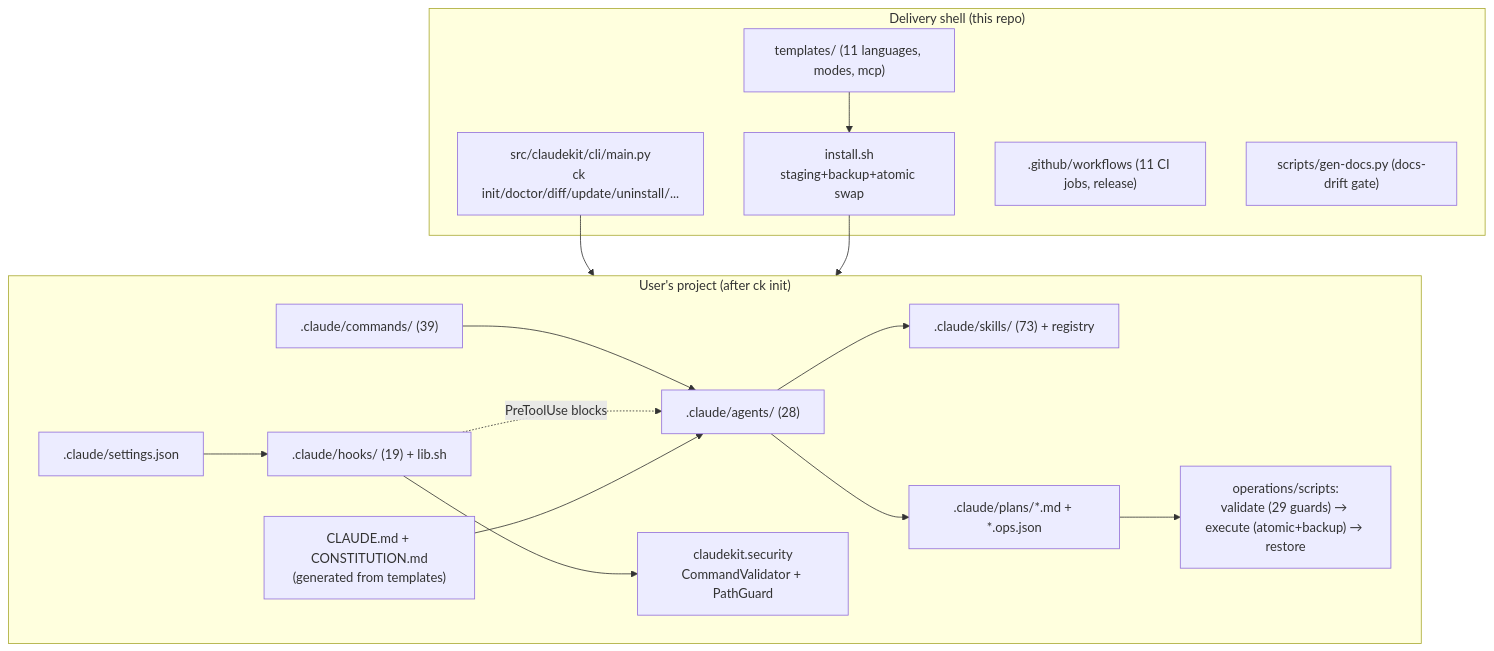
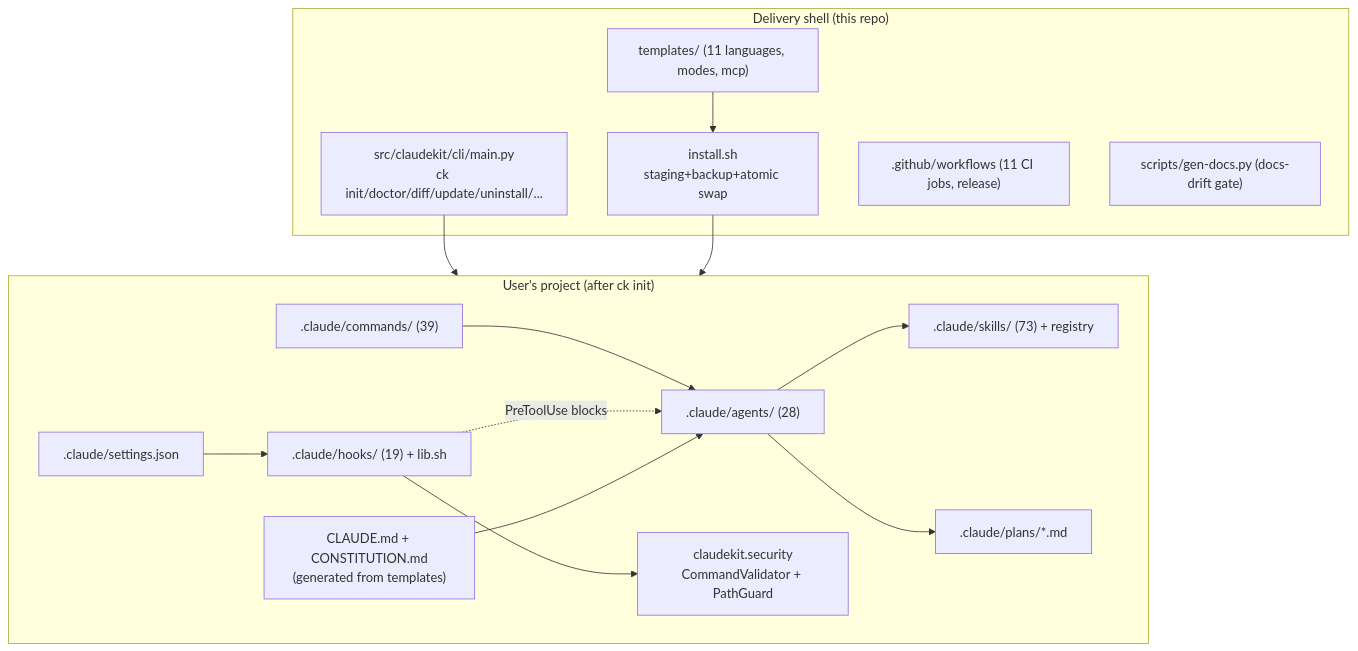
The first of 3 diagrams in .ai/ARCHITECTURE.md (OmarMokhtar-Saad/claudekit), drawn with Mermaid before and after one commit. The commit also changed other lines of this file and 72 other files, not shown here.

First line of the commit message:
docs: describe the plan-gate flow instead of the ops.json pipeline

````diff
--- a/.ai/ARCHITECTURE.md
+++ b/.ai/ARCHITECTURE.md
@@ -17,23 +17,22 @@
 ```mermaid
 graph TD
     subgraph User["User's project (after ck init)"]
         CMD[".claude/commands/ (39)"] --> AG[".claude/agents/ (28)"]
         AG --> SK[".claude/skills/ (73) + registry"]
-        AG --> PLANS[".claude/plans/*.md + *.ops.json"]
-        PLANS --> OPS["operations/scripts:<br/>validate (29 guards) → execute (atomic+backup) → restore"]
+        AG --> PLANS[".claude/plans/*.md"]
         HK[".claude/hooks/ (19) + lib.sh"] -. "PreToolUse blocks" .-> AG
         SETTINGS[".claude/settings.json"] --> HK
         HK --> SEC["claudekit.security<br/>CommandValidator + PathGuard"]
         CLAUDEMD["CLAUDE.md + CONSTITUTION.md<br/>(generated from templates)"] --> AG
     end
     subgraph Shell["Delivery shell (this repo)"]
         CLI["src/claudekit/cli/main.py<br/>ck init/doctor/diff/update/uninstall/..."]
         INST["install.sh<br/>staging+backup+atomic swap"]
         TPL["templates/ (11 languages, modes, mcp)"]
         CI[".github/workflows (11 CI jobs, release)"]
         GEN["scripts/gen-docs.py (docs-drift gate)"]
     end
     CLI --> User
     INST --> User
     TPL --> INST
 ```
````
